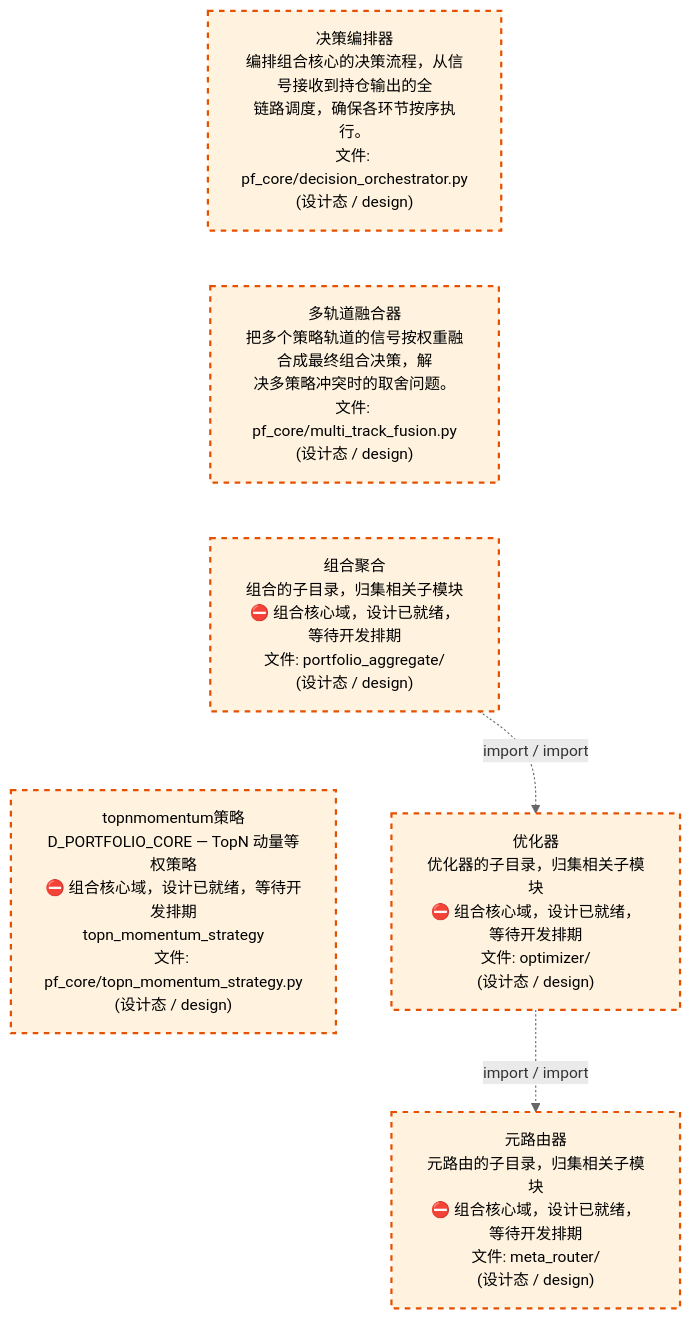
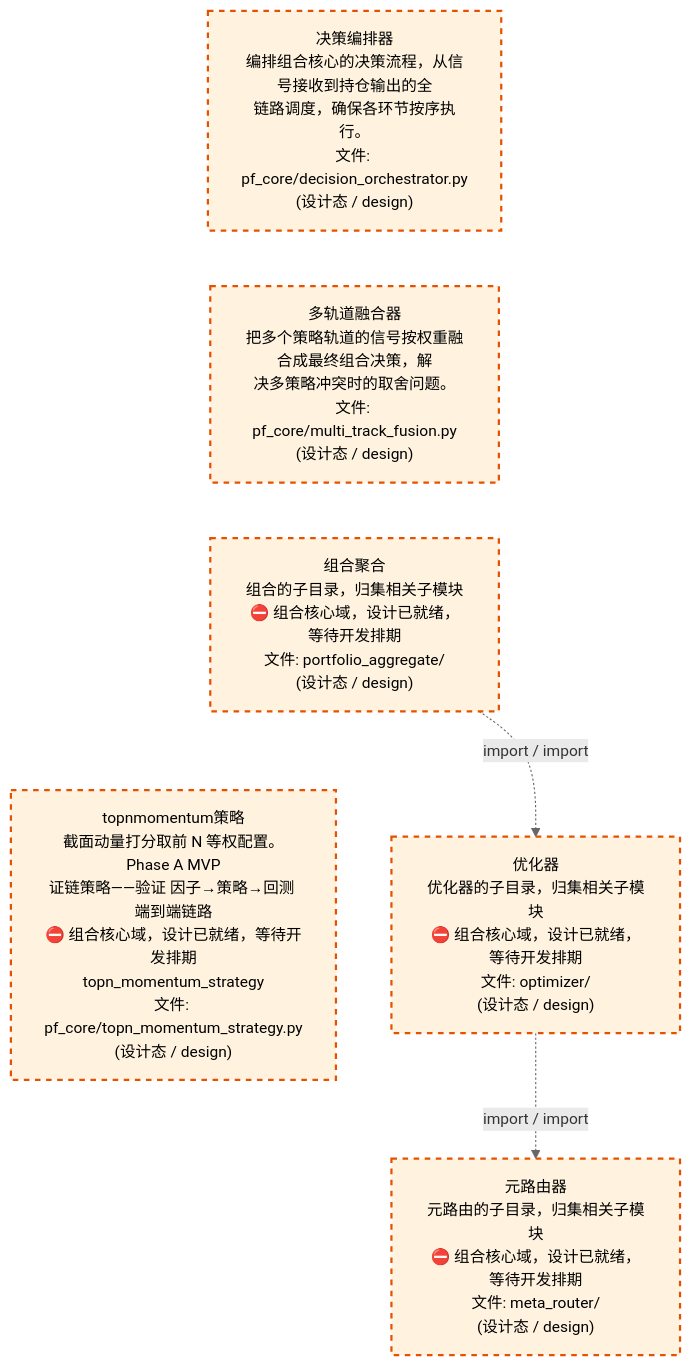
Before and after one commit to xuanFelixVan/ZephyrAlpha: the third of 4 diagrams in docs/02_enterprise_architecture/02_domain_architecture_docs/63_d_pf_core.md, drawn with Mermaid. The commit also changed other lines of this file and 48 other files, not shown here.

````diff
--- a/docs/02_enterprise_architecture/02_domain_architecture_docs/63_d_pf_core.md
+++ b/docs/02_enterprise_architecture/02_domain_architecture_docs/63_d_pf_core.md
@@ -180,20 +180,20 @@
 ```mermaid
 %%{init: {'theme': 'base', 'themeVariables': {'primaryColor': '#eaeaea', 'primaryTextColor': '#333333', 'primaryBorderColor': '#666666', 'lineColor': '#666666', 'secondaryColor': '#eaeaea', 'tertiaryColor': '#eaeaea', 'fontSize': '14px'}}}%%
 flowchart TD
     src_zephyr_pf_core_decision_orchestrator_py["决策编排器<br/>编排组合核心的决策流程，从信号接收到持仓输出的全<br/>链路调度，确保各环节按序执行。<br/>文件: pf_core/decision_orchestrator.py<br/>(设计态 / design)"]
     src_zephyr_pf_core_multi_track_fusion_py["多轨道融合器<br/>把多个策略轨道的信号按权重融合成最终组合决策，解<br/>决多策略冲突时的取舍问题。<br/>文件: pf_core/multi_track_fusion.py<br/>(设计态 / design)"]
     src_zephyr_pf_core_portfolio_aggregate["组合聚合<br/>组合的子目录，归集相关子模块<br/>⛔ 组合核心域，设计已就绪，等待开发排期<br/>文件: portfolio_aggregate/<br/>(设计态 / design)"]
-    src_zephyr_pf_core_topn_momentum_strategy_py["topnmomentum策略<br/>D_PORTFOLIO_CORE — TopN 动量等权策略<br/>⛔ 组合核心域，设计已就绪，等待开发排期<br/>topn_momentum_strategy<br/>文件: pf_core/topn_momentum_strategy.py<br/>(设计态 / design)"]
+    src_zephyr_pf_core_topn_momentum_strategy_py["topnmomentum策略<br/>截面动量打分取前 N 等权配置。Phase A MVP<br/>证链策略——验证 因子→策略→回测 端到端链路<br/>⛔ 组合核心域，设计已就绪，等待开发排期<br/>topn_momentum_strategy<br/>文件: pf_core/topn_momentum_strategy.py<br/>(设计态 / design)"]
     src_zephyr_pf_core_decision_orchestrator_py ~~~ src_zephyr_pf_core_multi_track_fusion_py
     src_zephyr_pf_core_multi_track_fusion_py ~~~ src_zephyr_pf_core_portfolio_aggregate
     src_zephyr_pf_core_portfolio_aggregate ~~~ src_zephyr_pf_core_topn_momentum_strategy_py
     src_zephyr_pf_core_optimizer["优化器<br/>优化器的子目录，归集相关子模块<br/>⛔ 组合核心域，设计已就绪，等待开发排期<br/>文件: optimizer/<br/>(设计态 / design)"]
     src_zephyr_pf_core_meta_router["元路由器<br/>元路由的子目录，归集相关子模块<br/>⛔ 组合核心域，设计已就绪，等待开发排期<br/>文件: meta_router/<br/>(设计态 / design)"]
     src_zephyr_pf_core_optimizer -.->|import / import| src_zephyr_pf_core_meta_router
     src_zephyr_pf_core_portfolio_aggregate -.->|import / import| src_zephyr_pf_core_optimizer
     classDef production fill:#e1f5fe,stroke:#01579b,stroke-width:2px,color:#000
     classDef design fill:#fff3e0,stroke:#e65100,stroke-width:2px,color:#000,stroke-dasharray: 5 5
     classDef external_prod fill:#e8f4fd,stroke:#0277bd,stroke-width:1px,color:#000
     classDef external_design fill:#fff8e7,stroke:#ef6c00,stroke-width:1px,color:#000,stroke-dasharray: 5 5
     class src_zephyr_pf_core_decision_orchestrator_py,src_zephyr_pf_core_meta_router,src_zephyr_pf_core_multi_track_fusion_py,src_zephyr_pf_core_optimizer,src_zephyr_pf_core_portfolio_aggregate,src_zephyr_pf_core_topn_momentum_strategy_py design
 ```
````
